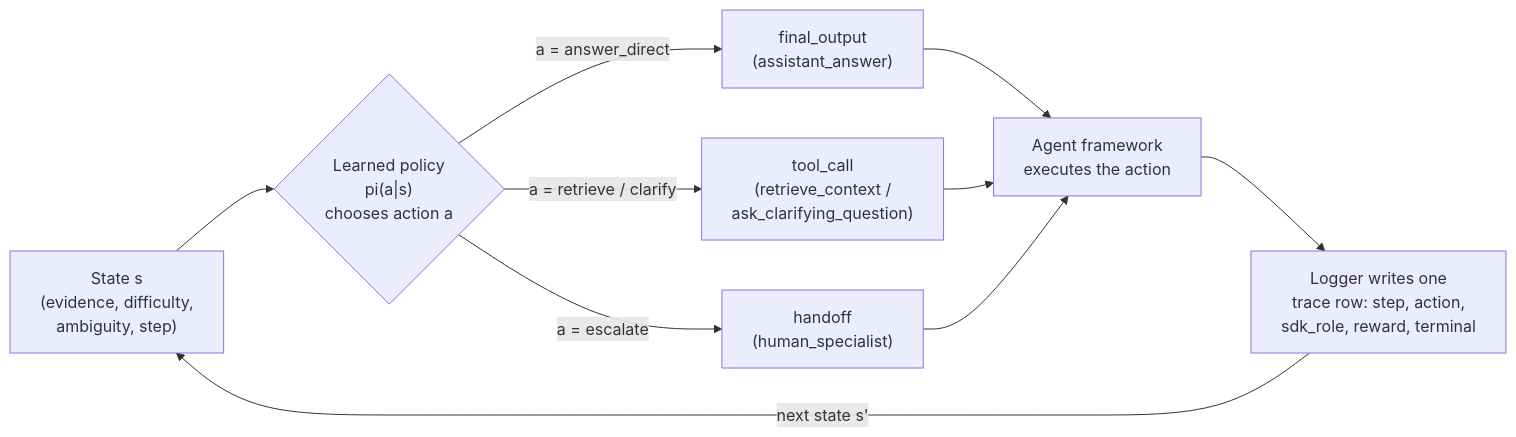
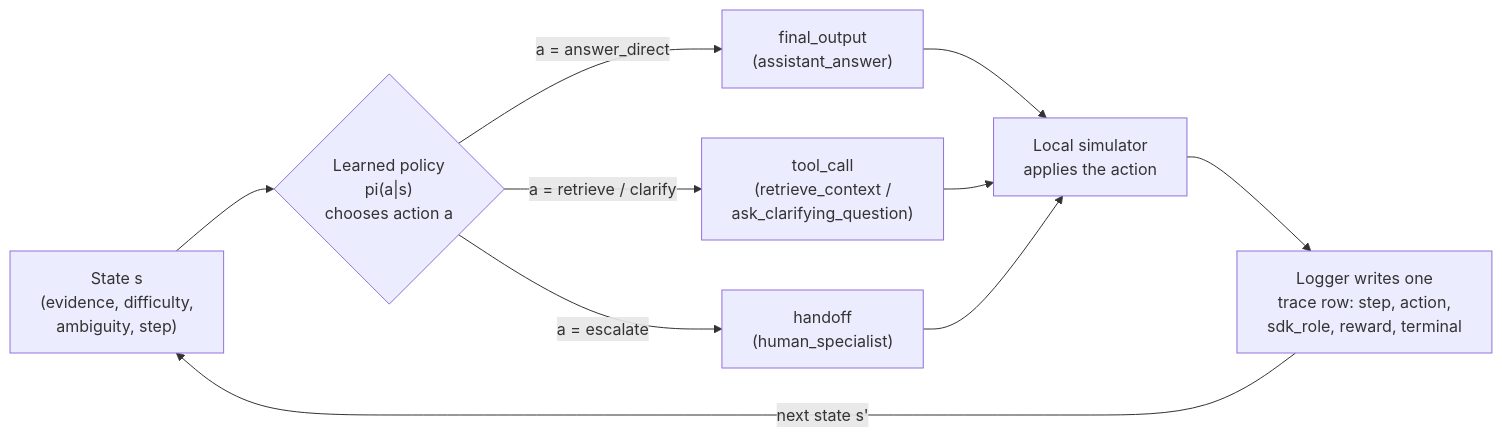
The diagram in projects/learning-agents-showcase/docs/lane-a-agent-frameworks.md (conqueror/mcgill-showcases), drawn with Mermaid before and after one commit. The commit also changed other lines of this file and 23 other files, not shown here.

````diff
--- a/projects/learning-agents-showcase/docs/lane-a-agent-frameworks.md
+++ b/projects/learning-agents-showcase/docs/lane-a-agent-frameworks.md
@@ -46,12 +46,12 @@
 ```mermaid
 flowchart LR
     S["State s<br/>(evidence, difficulty,<br/>ambiguity, step)"] --> P{"Learned policy<br/>pi(a|s)<br/>chooses action a"}
     P -->|"a = answer_direct"| F["final_output<br/>(assistant_answer)"]
     P -->|"a = retrieve / clarify"| T["tool_call<br/>(retrieve_context /<br/>ask_clarifying_question)"]
     P -->|"a = escalate"| H["handoff<br/>(human_specialist)"]
-    F --> X["Agent framework<br/>executes the action"]
+    F --> X["Local simulator<br/>applies the action"]
     T --> X
     H --> X
     X --> L["Logger writes one<br/>trace row: step, action,<br/>sdk_role, reward, terminal"]
     L -->|"next state s'"| S
 ```
````
